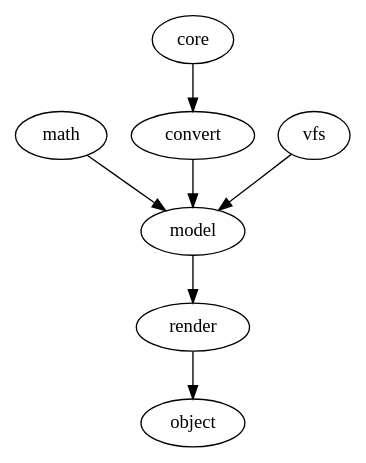
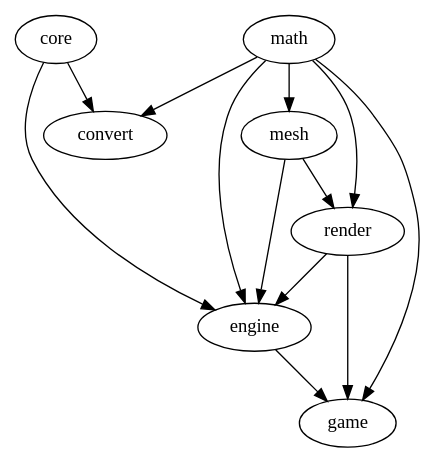
The diagram in components.gv (madeso/pwn-engine), drawn with Graphviz before and after one commit. The commit also changed 11 other files, not shown here.

Commit message:
moved/merged render.rgba it with math.rgba & updated component dependencies

```diff
--- a/components.gv
+++ b/components.gv
@@ -1,9 +1,28 @@
-digraph G
+digraph pwn_component_dependencies
 {
-	math -> model;
+	/* convert */
 	core -> convert;
-	convert -> model;
-	vfs -> model;
-	model -> render;
-	render -> object;
+	math -> convert;
+
+	/* core */
+
+	/* engine */
+	core -> engine;
+	mesh -> engine;
+	render -> engine;
+	math -> engine;
+
+	/* game */
+	engine -> game;
+	math -> game;
+	render -> game;
+
+	/* math */
+
+	/* mesh */
+	math -> mesh;
+
+	/* render */
+	mesh -> render;
+	math -> render;
 }
```
